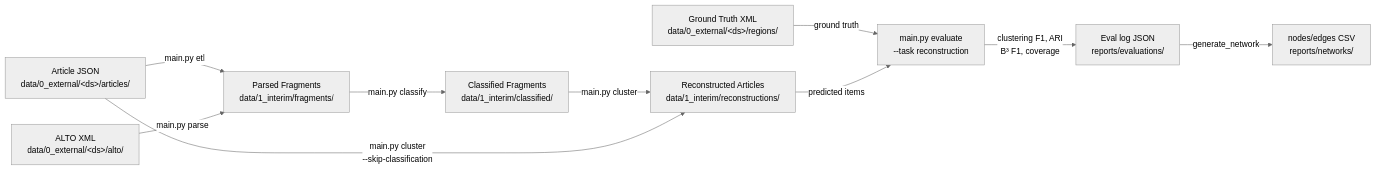
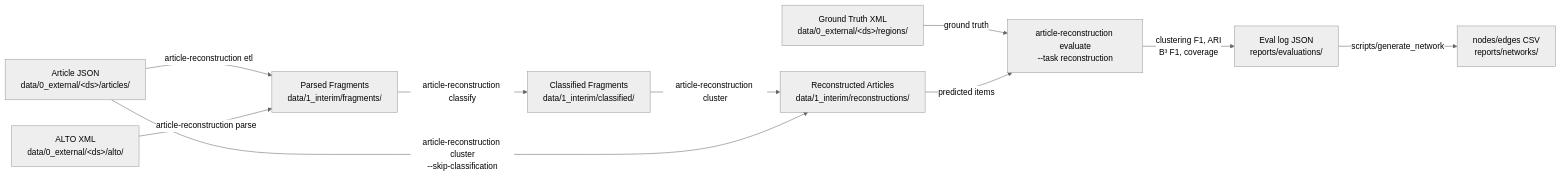
One commit to jmiguelv/newspaper-reconstructor changed the diagram in README.md. Above: the diagram before and after it, drawn with Mermaid (neutral theme). The commit also changed other lines of this file and 32 other files, not shown here.

````diff
--- a/README.md
+++ b/README.md
@@ -9,12 +9,12 @@
 ```mermaid
 flowchart LR
-    ARTJSON["Article JSON\ndata/0_external/&lt;ds&gt;/articles/"] -->|main.py etl| PARSED
-    ALTO["ALTO XML\ndata/0_external/&lt;ds&gt;/alto/"] -->|main.py parse| PARSED["Parsed Fragments\ndata/1_interim/fragments/"]
-    PARSED -->|main.py classify| CLASSIFIED["Classified Fragments\ndata/1_interim/classified/"]
-    CLASSIFIED -->|main.py cluster| RECON["Reconstructed Articles\ndata/1_interim/reconstructions/"]
-    ARTJSON -->|main.py cluster\n--skip-classification| RECON
-    GT["Ground Truth XML\ndata/0_external/&lt;ds&gt;/regions/"] -->|ground truth| EVAL["main.py evaluate\n--task reconstruction"]
+    ARTJSON["Article JSON\ndata/0_external/&lt;ds&gt;/articles/"] -->|article-reconstruction etl| PARSED
+    ALTO["ALTO XML\ndata/0_external/&lt;ds&gt;/alto/"] -->|article-reconstruction parse| PARSED["Parsed Fragments\ndata/1_interim/fragments/"]
+    PARSED -->|article-reconstruction classify| CLASSIFIED["Classified Fragments\ndata/1_interim/classified/"]
+    CLASSIFIED -->|article-reconstruction cluster| RECON["Reconstructed Articles\ndata/1_interim/reconstructions/"]
+    ARTJSON -->|article-reconstruction cluster\n--skip-classification| RECON
+    GT["Ground Truth XML\ndata/0_external/&lt;ds&gt;/regions/"] -->|ground truth| EVAL["article-reconstruction evaluate\n--task reconstruction"]
     RECON -->|predicted items| EVAL
     EVAL -->|clustering F1, ARI\nB³ F1, coverage| LOG["Eval log JSON\nreports/evaluations/"]
-    LOG -->|generate_network| NET["nodes/edges CSV\nreports/networks/"]
+    LOG -->|scripts/generate_network| NET["nodes/edges CSV\nreports/networks/"]
 ```
````
